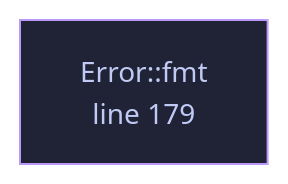
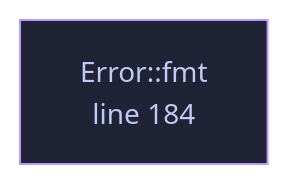
One commit to tilas01/veilvoice changed the diagram in docs/files/veilvoice-crypto/lib.md. Above: the diagram before and after it, drawn with Mermaid. The commit also changed other lines of this file and 81 other files, not shown here.

````diff
--- a/docs/files/veilvoice-crypto/lib.md
+++ b/docs/files/veilvoice-crypto/lib.md
@@ -118,8 +118,8 @@
 ```mermaid
 %%{init: {"theme":"base","themeVariables":{"background":"#1a1b26","primaryColor":"#1f2335","primaryTextColor":"#c0caf5","primaryBorderColor":"#7aa2f7","secondaryColor":"#16161e","tertiaryColor":"#16161e","lineColor":"#737aa2","textColor":"#c0caf5","mainBkg":"#1f2335","nodeBorder":"#7aa2f7","clusterBkg":"#16161e","clusterBorder":"#2f3549","fontFamily":"ui-monospace, SFMono-Regular, Consolas, monospace","fontSize":"14px"}}}%%
 flowchart TD
-    n_fmt["Error::fmt<br/>line 179"]
-    click n_fmt href "https://github.com/tilas01/veilvoice/blob/main/crates/veilvoice-crypto/src/lib.rs#L179" "open the source"
+    n_fmt["Error::fmt<br/>line 184"]
+    click n_fmt href "https://github.com/tilas01/veilvoice/blob/main/crates/veilvoice-crypto/src/lib.rs#L184" "open the source"
     classDef helper fill:#1f2335,stroke:#bb9af7,color:#c0caf5
     class n_fmt helper
 ```
````
